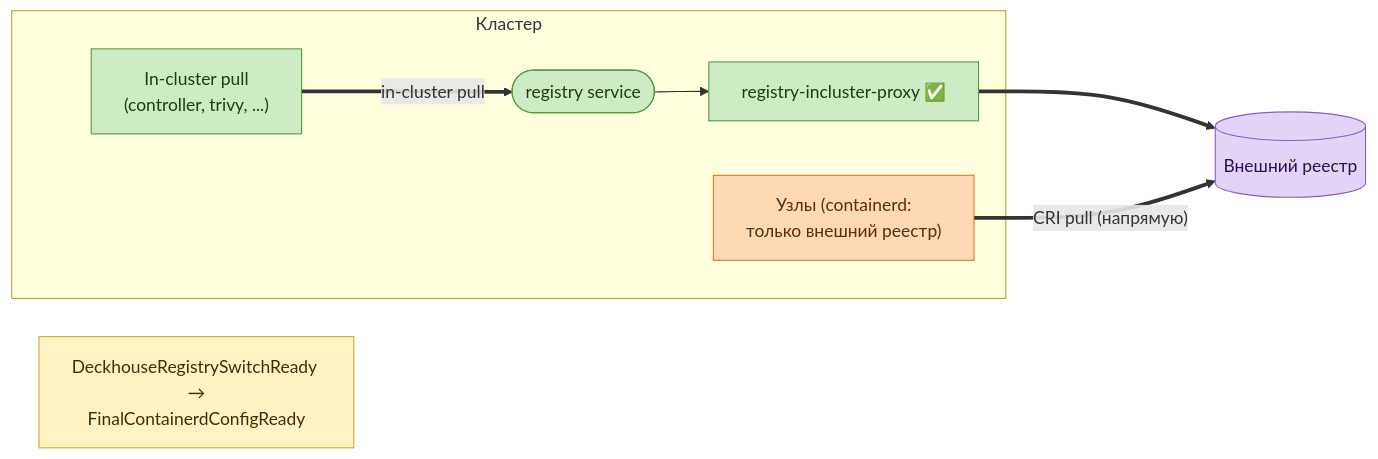
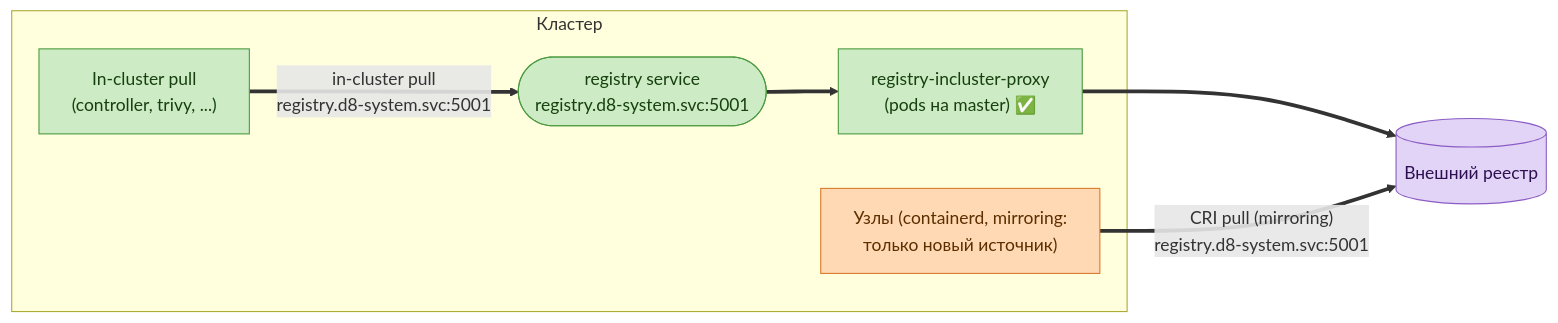
Before and after one commit to deckhouse/deckhouse: the second of 4 diagrams in modules/038-registry/docs/internal/REGISTRY_SWITCHING.md, drawn with Mermaid. The commit also changed other lines of this file, not shown here.

````diff
--- a/modules/038-registry/docs/internal/REGISTRY_SWITCHING.md
+++ b/modules/038-registry/docs/internal/REGISTRY_SWITCHING.md
@@ -208,26 +181,21 @@
 ```mermaid
 flowchart LR
-  COND["DeckhouseRegistrySwitchReady →<br/>FinalContainerdConfigReady"]
-
   subgraph CLUSTER["Кластер"]
     INPULL["In-cluster pull<br/>(controller, trivy, ...)"]
-    SVC(["registry service"])
-    PROXY["registry-incluster-proxy ✅"]
-    NODES["Узлы (containerd:<br/>только внешний реестр)"]
+    SVC(["registry service<br/>registry.d8-system.svc:5001"])
+    PROXY["registry-incluster-proxy<br/>(pods на master) ✅"]
+    NODES["Узлы (containerd, mirroring:<br/>только новый источник)"]
   end
 
   EXT[("Внешний реестр")]
 
-  INPULL ==>|"in-cluster pull"| SVC --> PROXY
-  PROXY ==> EXT
-  NODES ==>|"CRI pull (напрямую)"| EXT
+  INPULL ==>|"in-cluster pull<br/>registry.d8-system.svc:5001"| SVC ==> PROXY ==> EXT
+  NODES ==>|"CRI pull (mirroring)<br/>registry.d8-system.svc:5001"| EXT
 
-  classDef cond fill:#fff3c4,stroke:#d4a72c,color:#3d3000;
   classDef work fill:#cdebc5,stroke:#4c9a3f,color:#16400d;
   classDef cri fill:#ffd9b3,stroke:#d97a2b,color:#5c2e00;
   classDef ext fill:#e2d4f7,stroke:#8b5cc4,color:#2e1052;
-  class COND cond;
   class PROXY,SVC,INPULL work;
   class NODES cri;
   class EXT ext;
 ```
````
